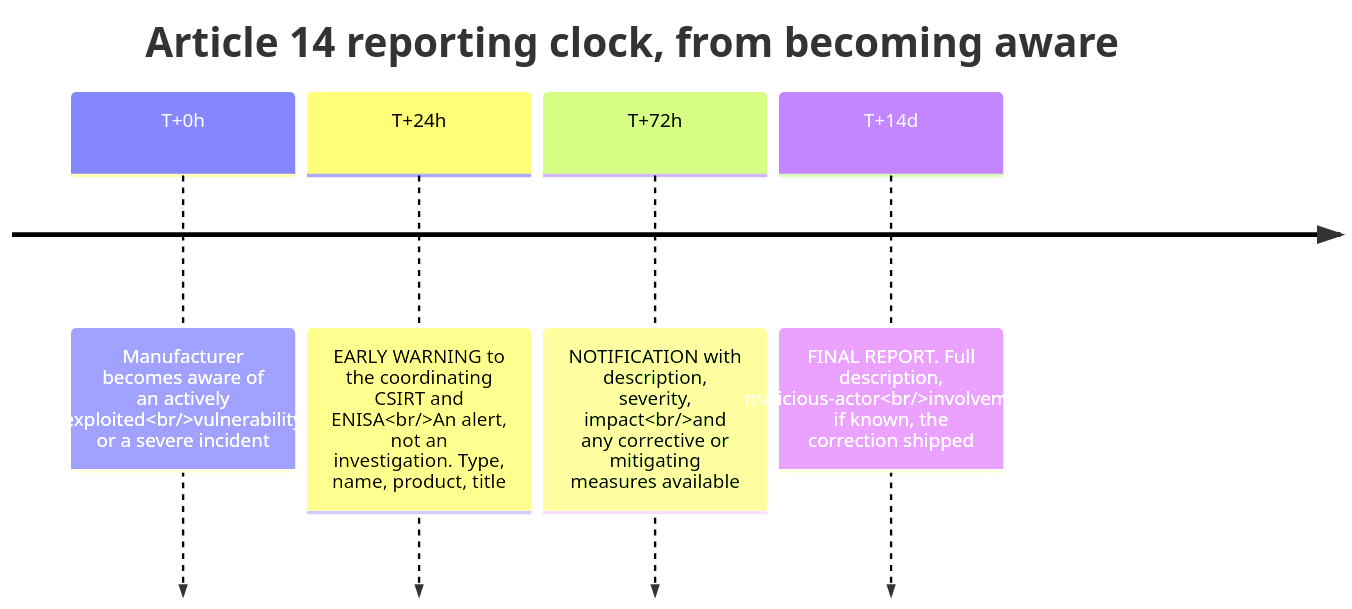
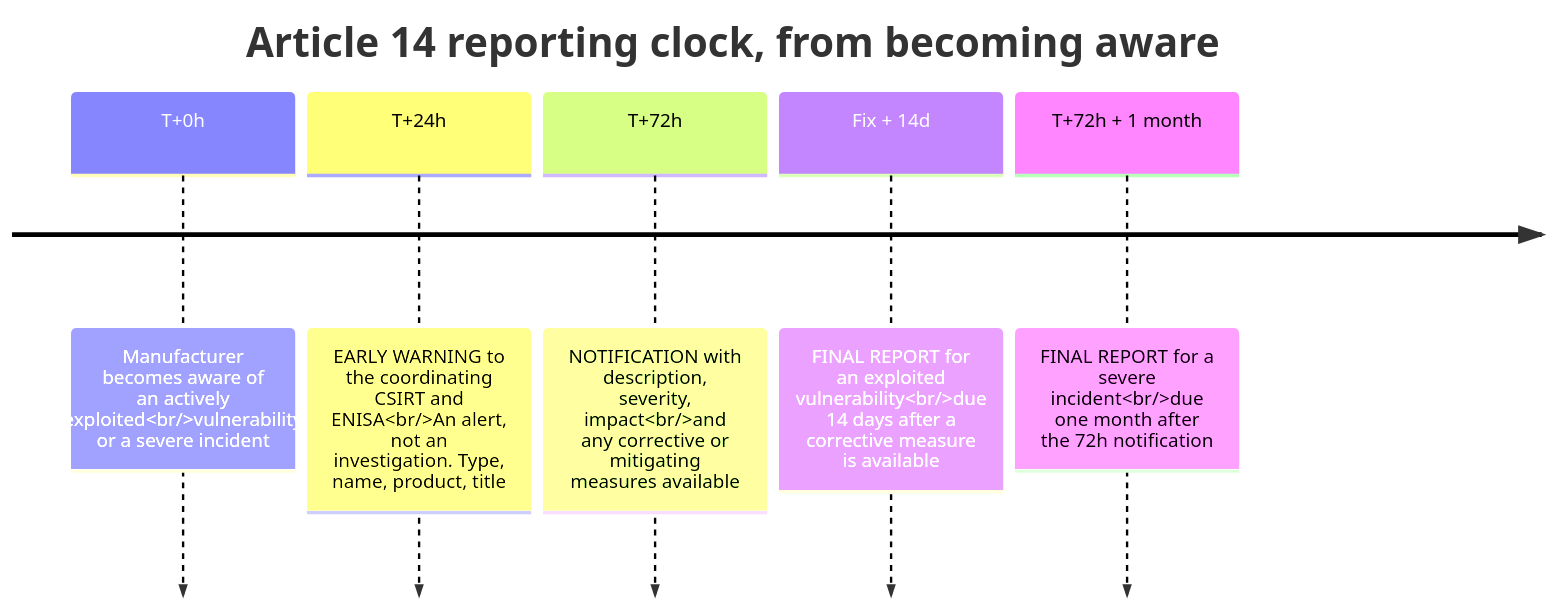
One commit to rppol/system-design changed the first of 2 diagrams in src/main/java/com/rutik/systemdesign/devops/devsecops_and_supply_chain_security/regulated_supply_chain.md. Above: the diagram before and after it, drawn with Mermaid. The commit also changed other lines of this file and 655 other files, not shown here.

````diff
--- a/src/main/java/com/rutik/systemdesign/devops/devsecops_and_supply_chain_security/regulated_supply_chain.md
+++ b/src/main/java/com/rutik/systemdesign/devops/devsecops_and_supply_chain_security/regulated_supply_chain.md
@@ -95,8 +95,9 @@
 ```mermaid
 timeline
     title Article 14 reporting clock, from becoming aware
     T+0h : Manufacturer becomes aware of an actively exploited<br/>vulnerability or a severe incident
     T+24h : EARLY WARNING to the coordinating CSIRT and ENISA<br/>An alert, not an investigation. Type, name, product, title
     T+72h : NOTIFICATION with description, severity, impact<br/>and any corrective or mitigating measures available
-    T+14d : FINAL REPORT. Full description, malicious-actor<br/>involvement if known, the correction shipped
+    Fix + 14d : FINAL REPORT for an exploited vulnerability<br/>due 14 days after a corrective measure is available
+    T+72h + 1 month : FINAL REPORT for a severe incident<br/>due one month after the 72h notification
 ```
````
